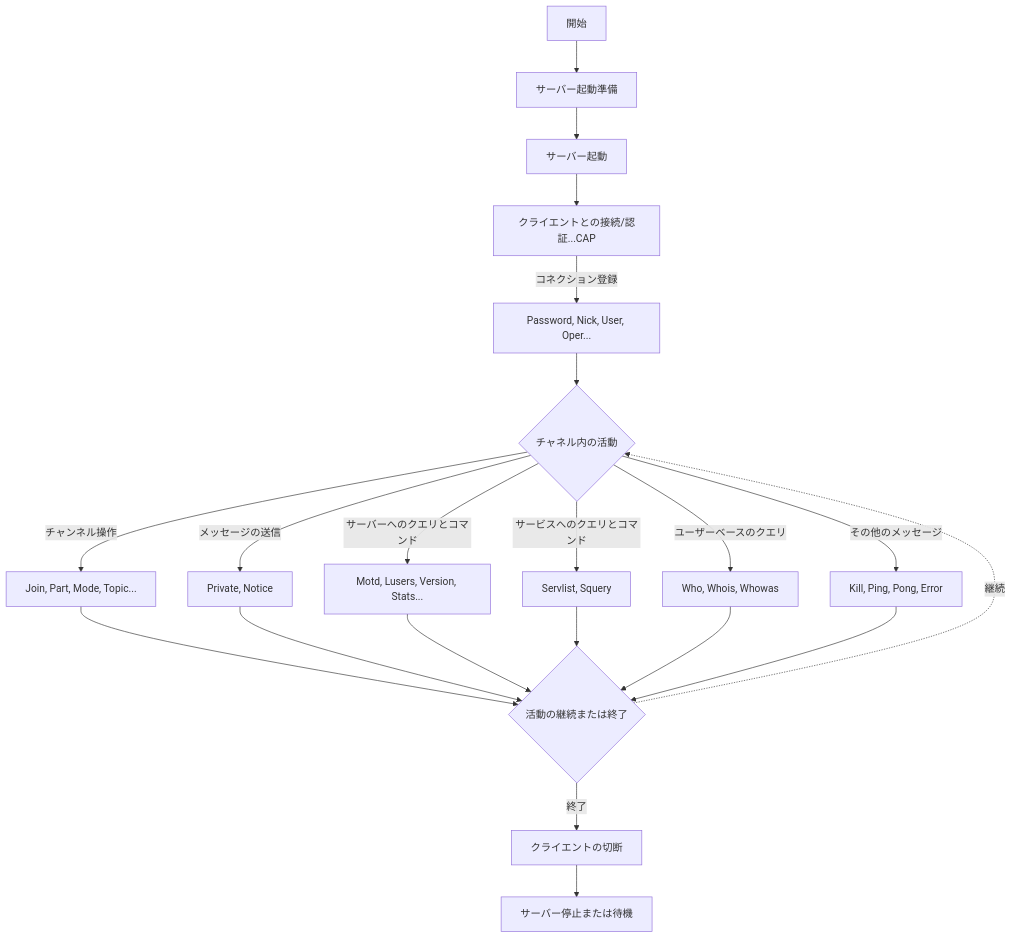
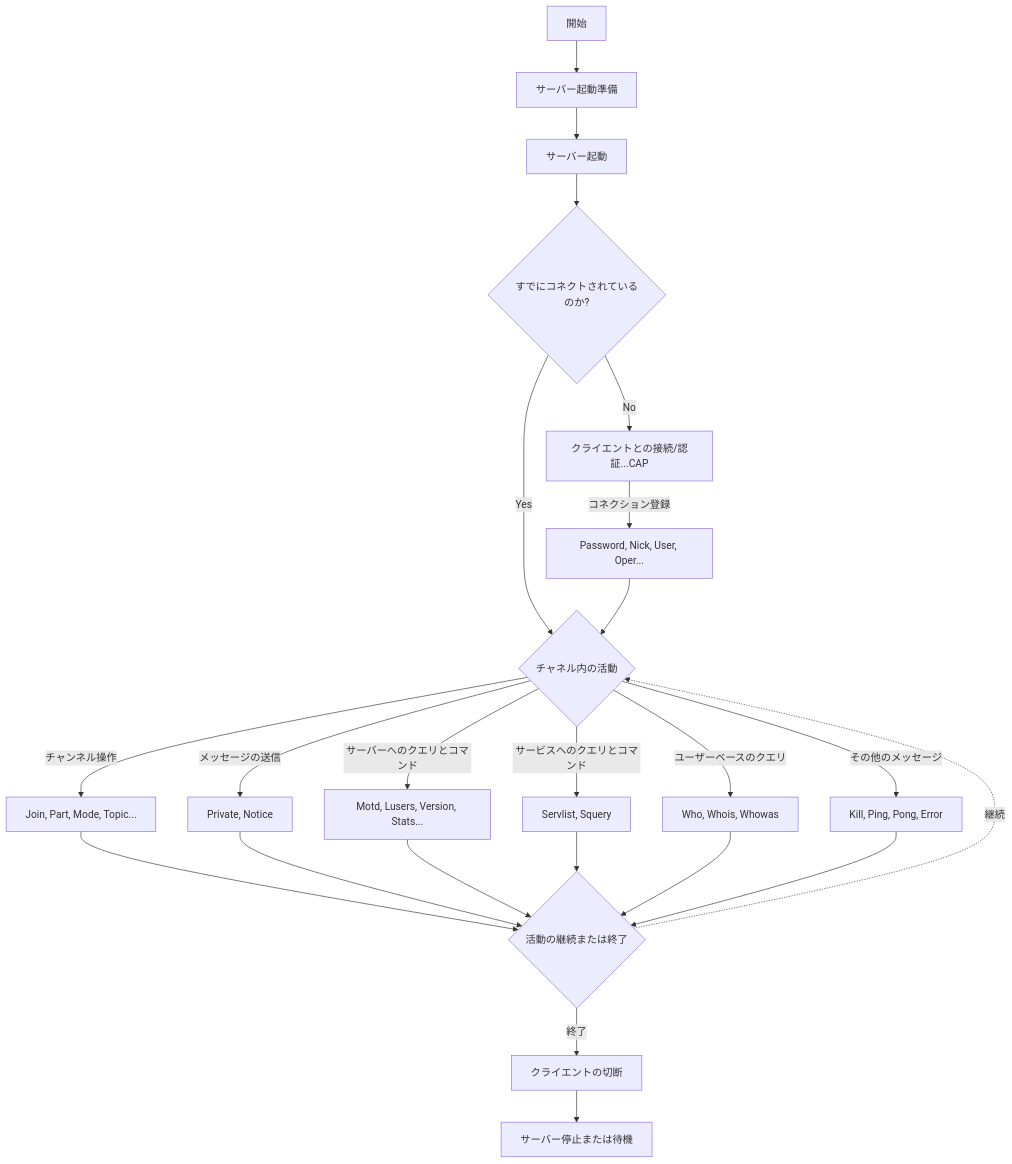
Before and after one commit to sora-grayscale/ft_irc: the diagram in flowchart_01_overview.md, drawn with Mermaid. The commit also changed other lines of this file and 2 other files, not shown here.

First line of the commit message:
[docs]: #30 WIP flowchart

````diff
--- a/flowchart_01_overview.md
+++ b/flowchart_01_overview.md
@@ -3,25 +3,27 @@
 ```mermaid
 flowchart TD
     A[開始] --> B[サーバー起動準備]
     B --> C[サーバー起動]
-    C --> D[クライエントとの接続/認証...CAP]
+    C --> P{すでにコネクトされているのか?}
+    P -- No --> D[クライエントとの接続/認証...CAP]
+    P -- Yes --> F{チャネル内の活動}
     D -- コネクション登録 --> E[Password, Nick, User, Oper...]
     E --> F{チャネル内の活動}
     F -- チャンネル操作 --> G[Join, Part, Mode, Topic...]
     F -- メッセージの送信 --> H[Private, Notice]
     F -- サーバーへのクエリとコマンド --> I[Motd, Lusers, Version, Stats...]
     F -- サービスへのクエリとコマンド --> J[Servlist, Squery]
     F -- ユーザーベースのクエリ --> K[Who, Whois, Whowas]
     F -- その他のメッセージ --> L[Kill, Ping, Pong, Error]
     G --> M{活動の継続または終了}
     H --> M{活動の継続または終了}
     I --> M{活動の継続または終了}
     J --> M{活動の継続または終了}
     K --> M{活動の継続または終了}
     L --> M{活動の継続または終了}
     M -. 継続 .-> F
     M -- 終了 --> N[クライエントの切断]
     N --> O[サーバー停止または待機]
 
     click B href "https://github.com/sora-grayscale/ft_irc/blob/docs/30-make-flowchart/flowchart_02_init-server.md"
 ```
````
